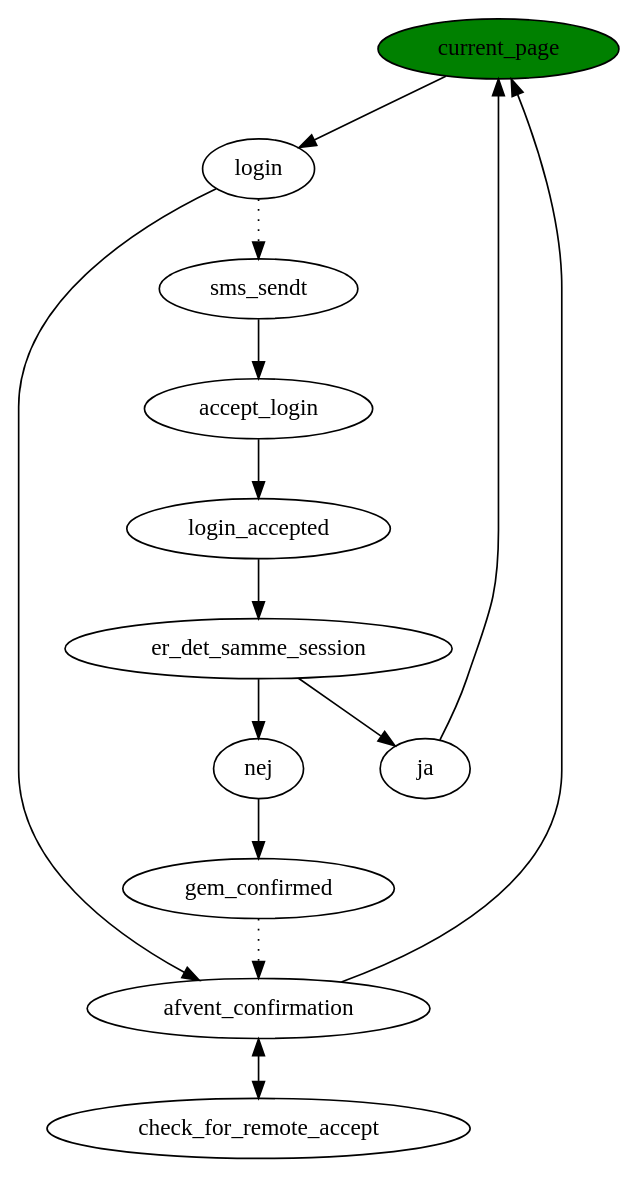
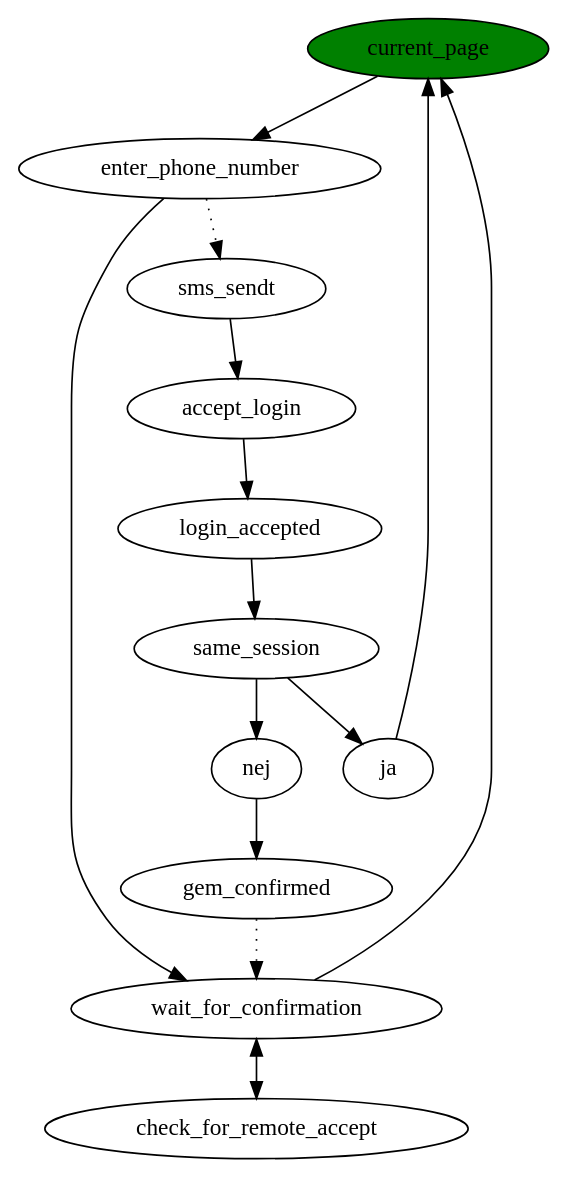
One commit to alslug/alslug.dk changed the diagram in projekter/sms-login.dot. Above: the diagram before and after it, drawn with Graphviz.

```diff
--- a/projekter/sms-login.dot
+++ b/projekter/sms-login.dot
@@ -1,24 +1,27 @@
 digraph xxx {
   current_page [ style=filled fillcolor=green ];
   current_page ->
-        login ->
-              afvent_confirmation ->
+        enter_phone_number ->
+              wait_for_confirmation ->
                     current_page;
 /////////////////////////////////////////////////////////////////////////////////////
-        login -> sms_sendt [ style= dotted ];                                   /////
-              afvent_confirmation -> check_for_remote_accept [ dir=both ];      /////
+        enter_phone_number ->                                                   /////
+              sms_sendt [ style= dotted ];                                      /////
+/////////////////////////////////////////////////////////////////////////////////////
+              wait_for_confirmation ->                                          /////
+                    check_for_remote_accept [ dir=both ];                       /////
 /////////////////////////////////////////////////////////////////////////////////////
   sms_sendt ->
         accept_login ->
               login_accepted->
-                    er_det_samme_session;
-                    er_det_samme_session -> {ja,nej};
+                    same_session;
+                    same_session -> {ja,nej};
                           ja ->
                                 current_page;
                           nej ->
                                 gem_confirmed;
 /////////////////////////////////////////////////////////////////////////////////////
                                 gem_confirmed ->                                /////
-                                      afvent_confirmation [ style=dotted ];     /////
+                                      wait_for_confirmation [ style=dotted ];   /////
 /////////////////////////////////////////////////////////////////////////////////////
 }
```
